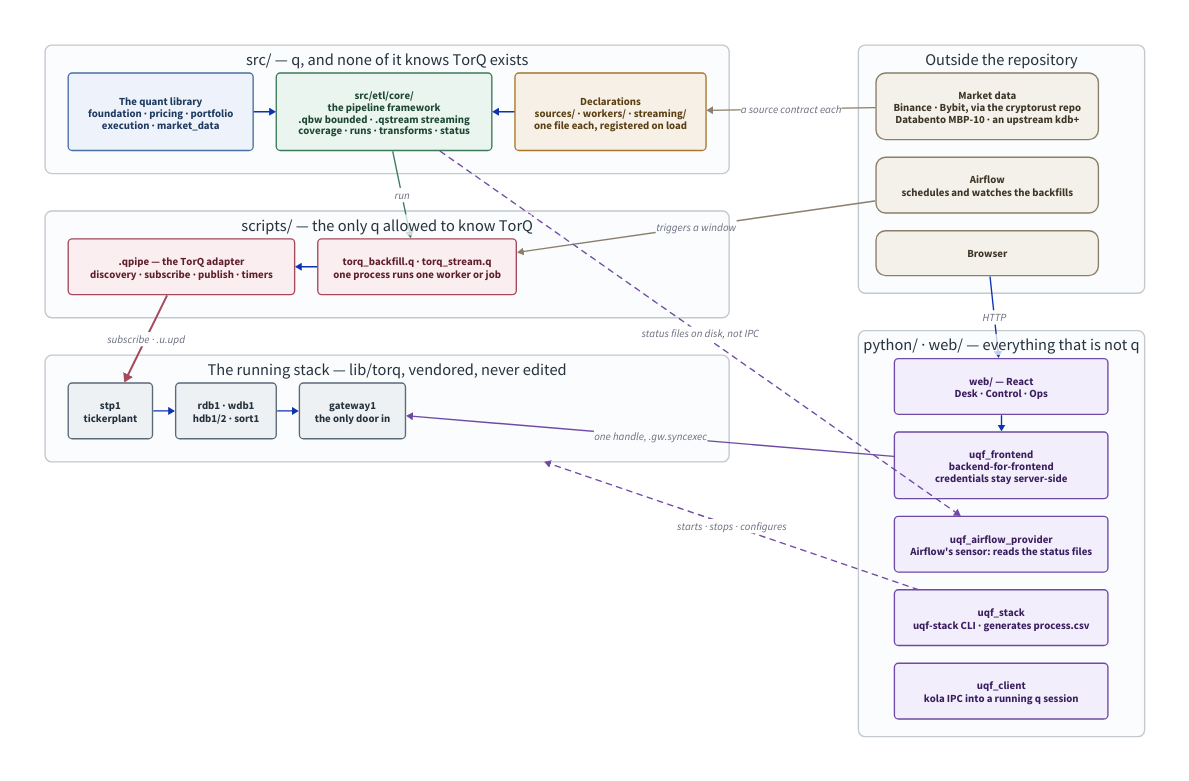
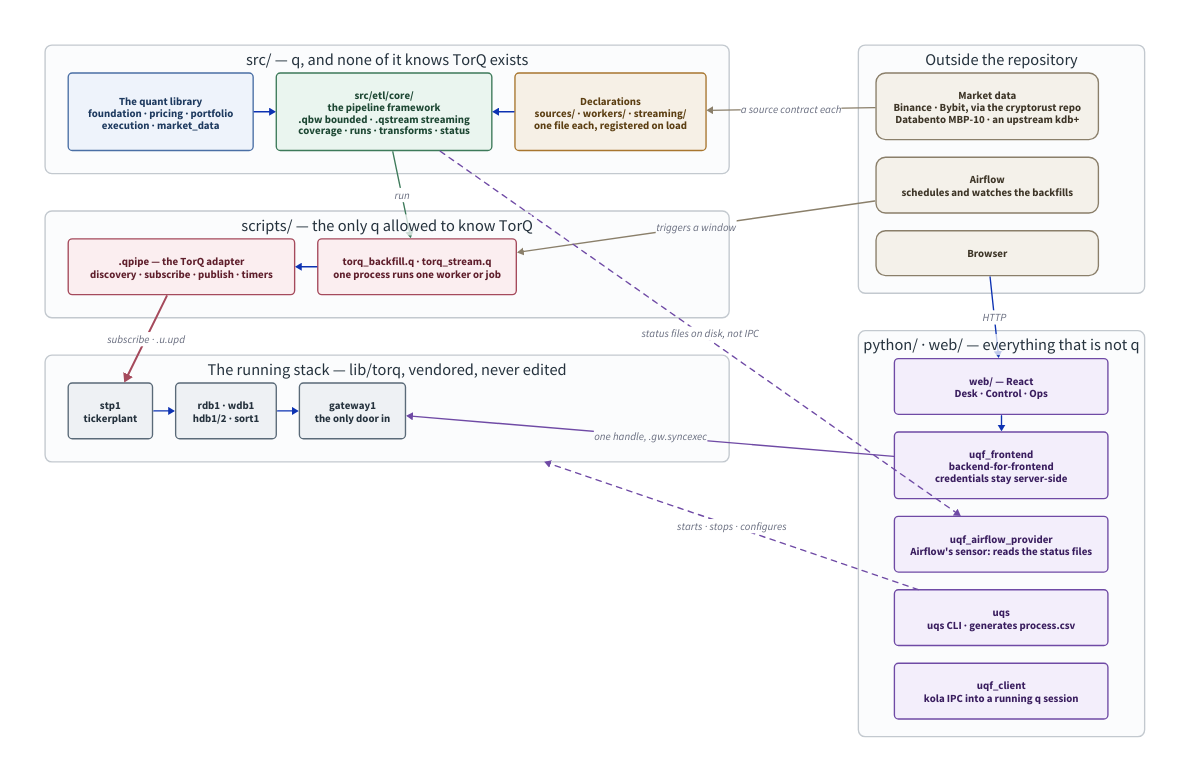
Before and after one commit to kwojdalski/uqf: the diagram in docs/diagrams/repo-overview.d2, drawn with D2. The commit also changed 210 other files, not shown here.

First line of the commit message:
uqf-stack becomes uqs, the ultimate q stack

```diff
--- a/docs/diagrams/repo-overview.d2
+++ b/docs/diagrams/repo-overview.d2
@@ -212,7 +212,7 @@
     web: "web/ — React\nDesk · Control · Ops" { class: py }
     bff: "uqf_frontend\nbackend-for-frontend\ncredentials stay server-side" { class: py }
     provider: "uqf_airflow_provider\nAirflow's sensor: reads the status files" { class: py }
-    orch: "uqf_stack\nuqf-stack CLI · generates process.csv" { class: py }
+    orch: "uqs\nuqs CLI · generates process.csv" { class: py }
     client: "uqf_client\nkola IPC into a running q session" { class: py }
   }
 
```
